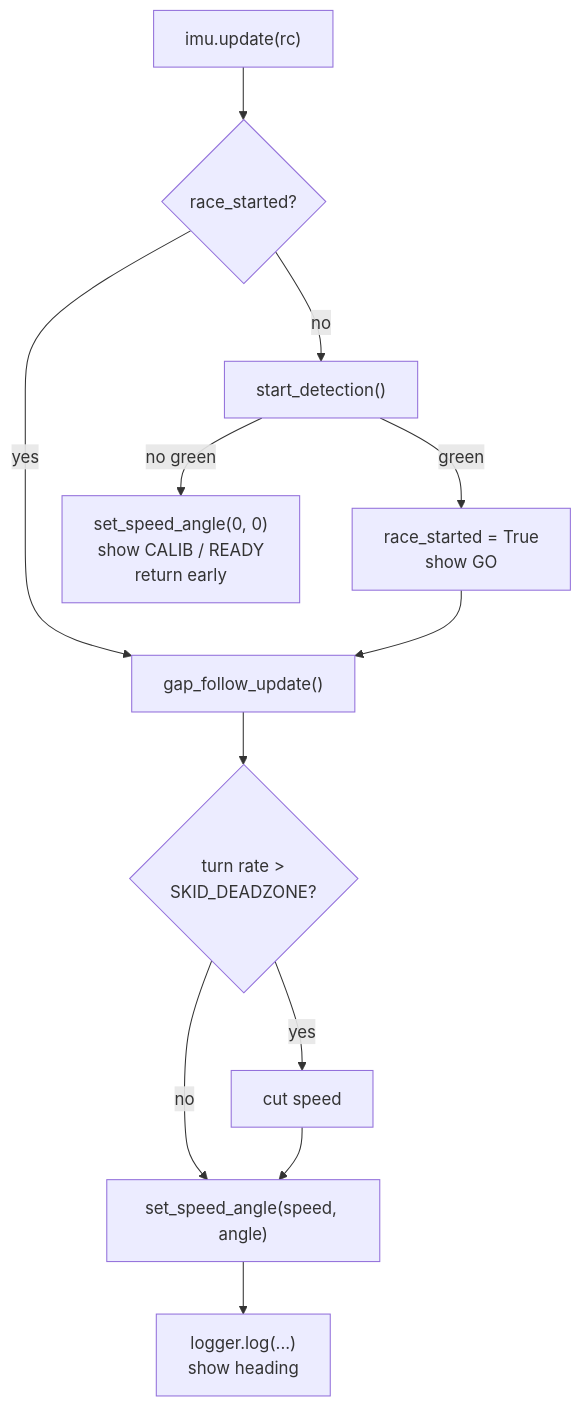
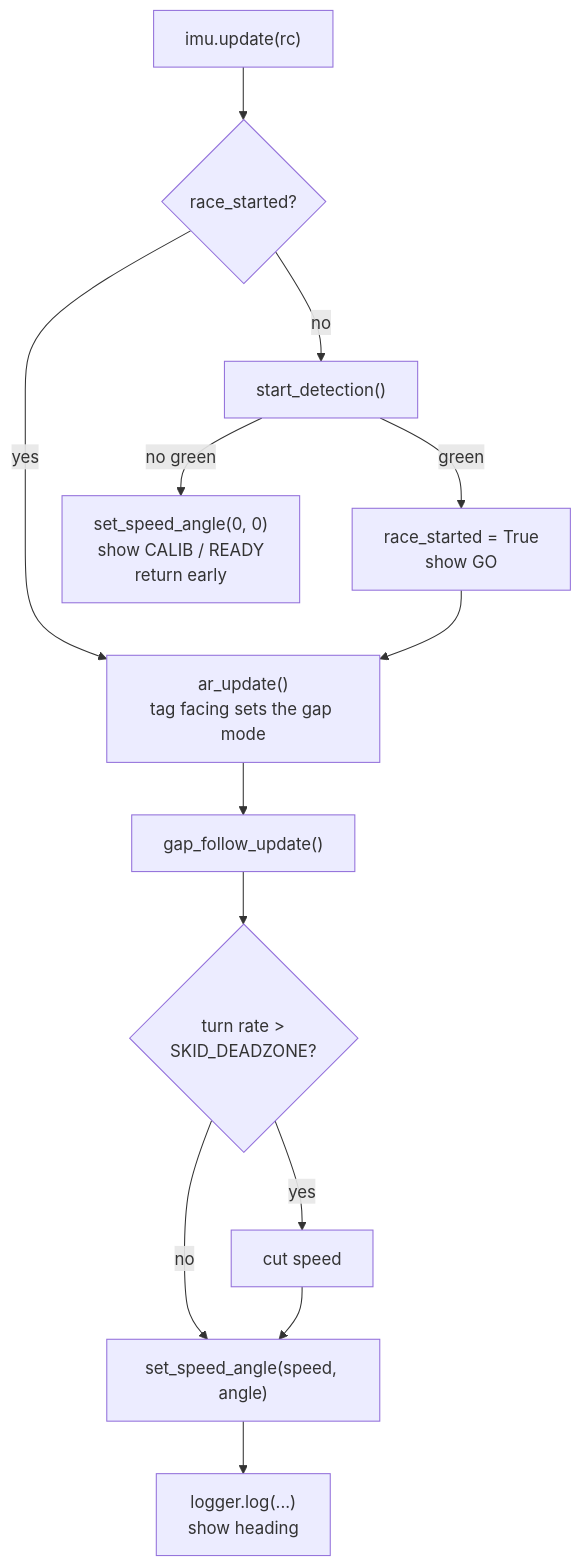
Before and after one commit to paul-sopin/team4-bwsiracecar-grandprix: the second of 2 diagrams in README.md, drawn with Mermaid. The commit also changed other lines of this file and 8 other files, not shown here.

````diff
--- a/README.md
+++ b/README.md
@@ -69,14 +77,15 @@
 ```mermaid
 flowchart TD
 I["imu.update(rc)"] --> R{"race_started?"}
 R -->|no| S["start_detection()"]
 S -->|green| Y["race_started = True<br/>show GO"]
 S -->|no green| H["set_speed_angle(0, 0)<br/>show CALIB / READY<br/>return early"]
-R -->|yes| G["gap_follow_update()"]
-Y --> G
+R -->|yes| A["ar_update()<br/>tag facing sets the gap mode"]
+Y --> A
+A --> G["gap_follow_update()"]
 G --> K{"turn rate ><br/>SKID_DEADZONE?"}
 K -->|yes| B["cut speed"]
 K -->|no| V["set_speed_angle(speed, angle)"]
 B --> V
 V --> L["logger.log(...)<br/>show heading"]
 ```
````
